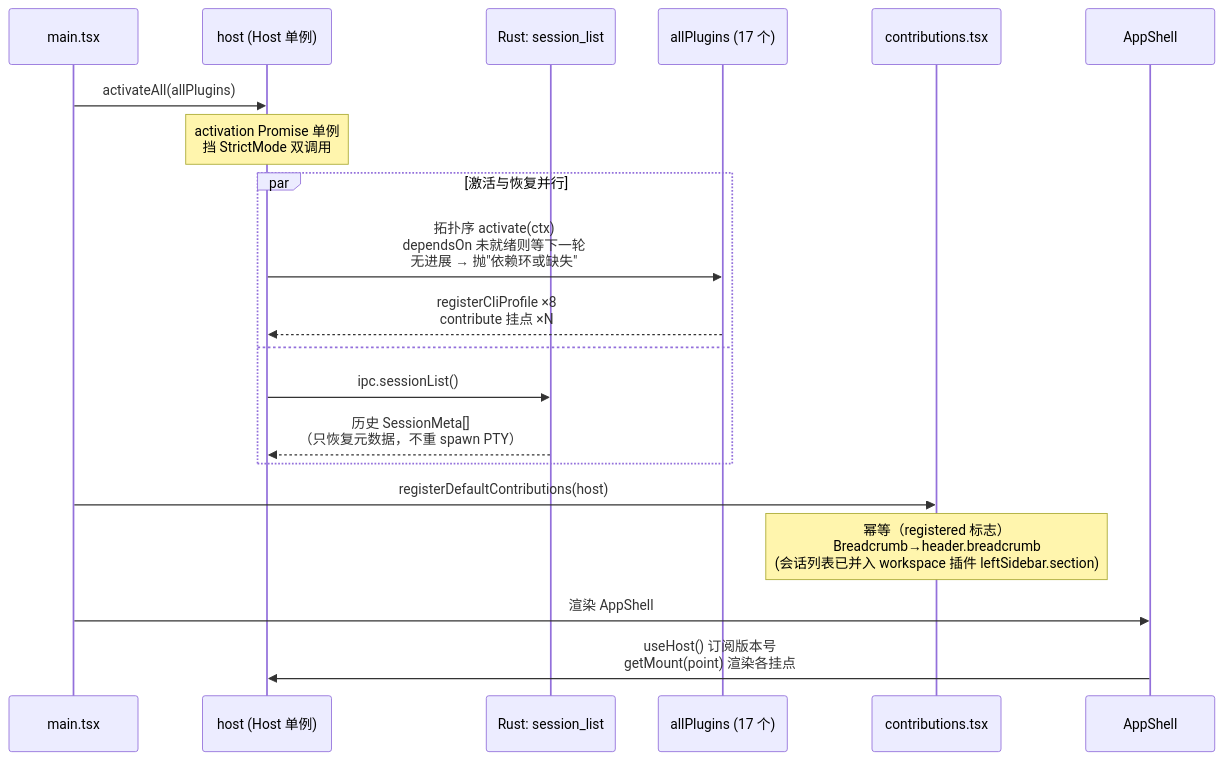
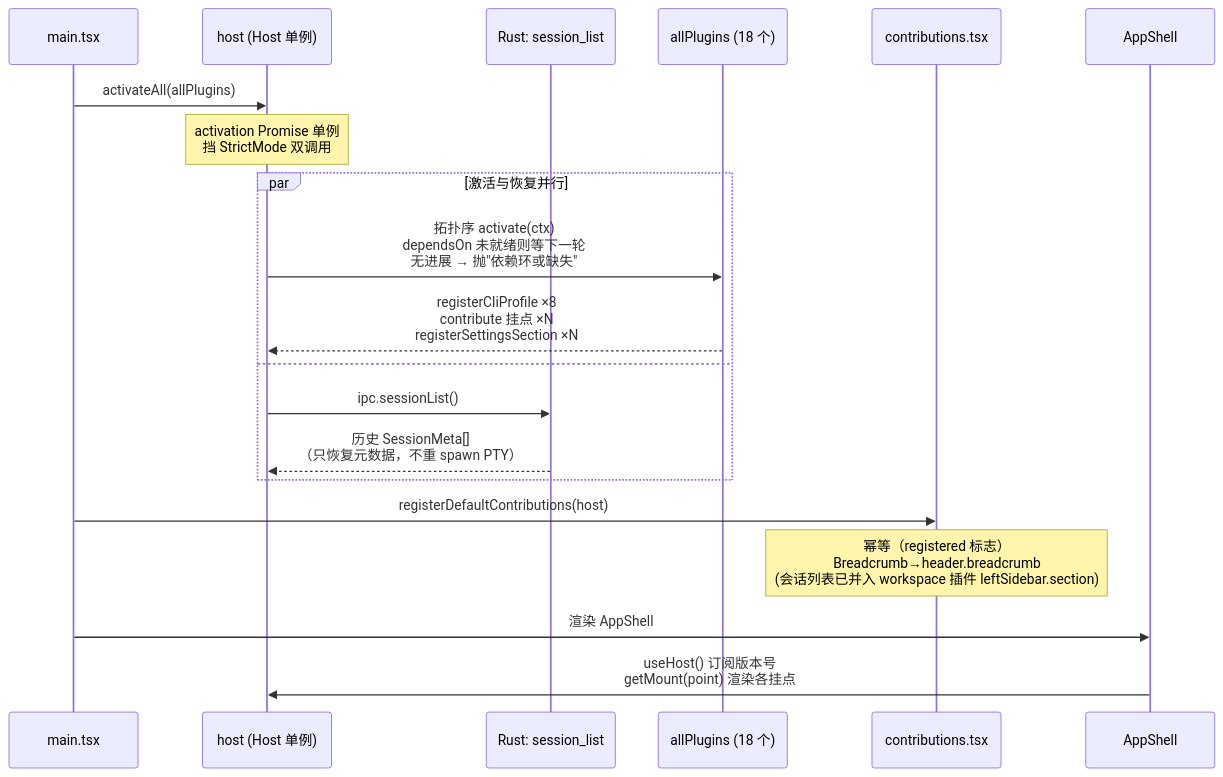
One commit to chenxiangning/tmd-cli changed the second of 8 diagrams in docs/architecture/02-code-architecture.md. Above: the diagram before and after it, drawn with Mermaid. The commit also changed other lines of this file and 4 other files, not shown here.

Commit message:
docs: 架构与项目文档按代码校准,补齐 SSH/Git Graph/文件渲染档案漂移

````diff
--- a/docs/architecture/02-code-architecture.md
+++ b/docs/architecture/02-code-architecture.md
@@ -112,23 +117,23 @@
 ```mermaid
 sequenceDiagram
     participant M as main.tsx
     participant H as host (Host 单例)
     participant R as Rust: session_list
-    participant P as allPlugins (17 个)
+    participant P as allPlugins (18 个)
     participant C as contributions.tsx
     participant A as AppShell
 
     M->>H: activateAll(allPlugins)
     Note over H: activation Promise 单例<br/>挡 StrictMode 双调用
     par 激活与恢复并行
         H->>P: 拓扑序 activate(ctx)<br/>dependsOn 未就绪则等下一轮<br/>无进展 → 抛"依赖环或缺失"
-        P-->>H: registerCliProfile ×8<br/>contribute 挂点 ×N
+        P-->>H: registerCliProfile ×8<br/>contribute 挂点 ×N<br/>registerSettingsSection ×N
     and
         H->>R: ipc.sessionList()
         R-->>H: 历史 SessionMeta[]<br/>（只恢复元数据，不重 spawn PTY）
     end
     M->>C: registerDefaultContributions(host)
     Note over C: 幂等（registered 标志）<br/>Breadcrumb→header.breadcrumb<br/>(会话列表已并入 workspace 插件 leftSidebar.section)
     M->>A: 渲染 AppShell
     A->>H: useHost() 订阅版本号<br/>getMount(point) 渲染各挂点
 ```
````
